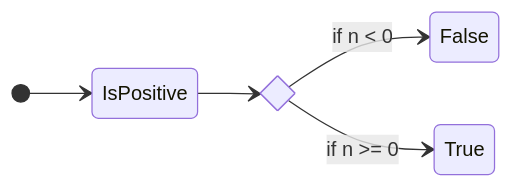
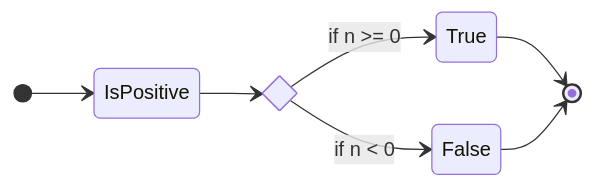
One commit to carteras/IT-CBR changed the fourth of 4 diagrams in cookbook/SDLC/Boxes and Arrows/boxes_and_arrows_fun.md. Above: the diagram before and after it, drawn with Mermaid.

````diff
--- a/cookbook/SDLC/Boxes and Arrows/boxes_and_arrows_fun.md
+++ b/cookbook/SDLC/Boxes and Arrows/boxes_and_arrows_fun.md
@@ -63,9 +63,11 @@
 ```mermaid
   stateDiagram
     direction LR
     state if_state <<choice>>
     [*] --> IsPositive
     IsPositive --> if_state
     if_state --> False: if n < 0
     if_state --> True : if n >= 0
+    True --> [*]
+    False --> [*]
 ```
````
